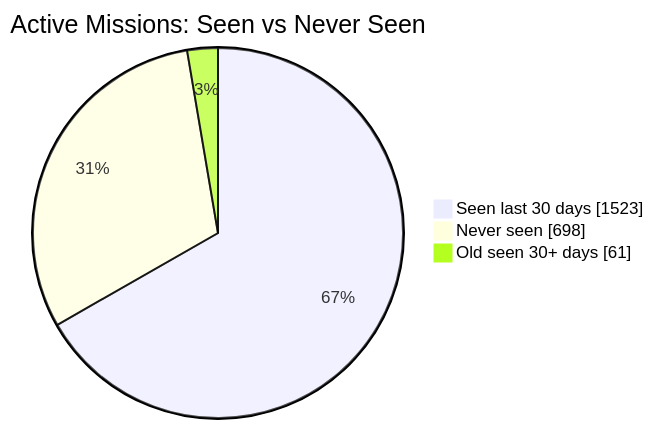
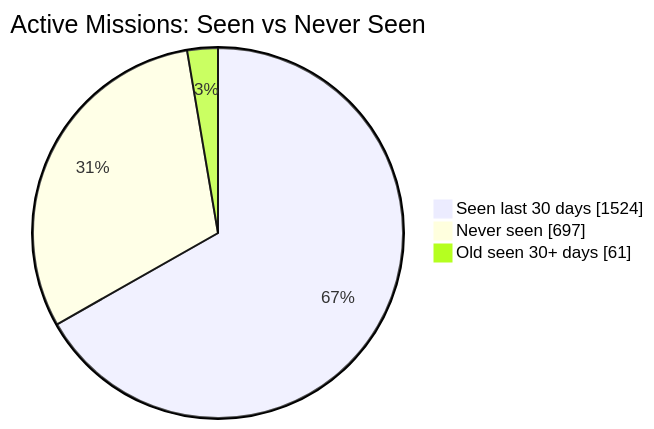
The first of 2 diagrams in README.md (MeldkamerspelGameTeam/active-missions), drawn with Mermaid before and after one commit. The commit also changed other lines of this file and 2 other files, not shown here.

````diff
--- a/README.md
+++ b/README.md
@@ -34,7 +34,7 @@
 ```mermaid
 pie showData
     title Active Missions: Seen vs Never Seen
-    "Seen last 30 days" : 1523
-    "Never seen" : 698
+    "Seen last 30 days" : 1524
+    "Never seen" : 697
     "Old seen 30+ days" : 61
 ```
````
